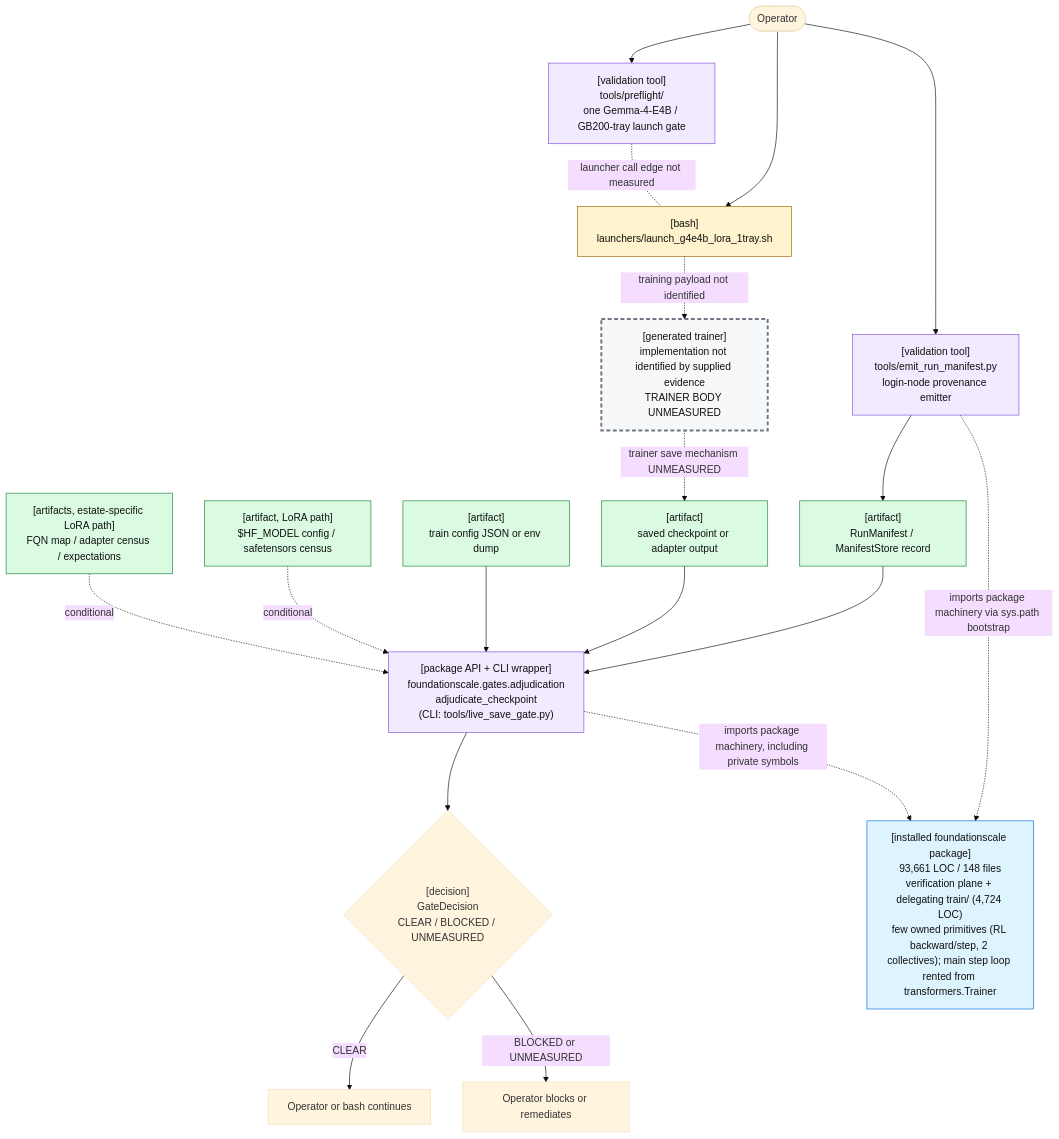
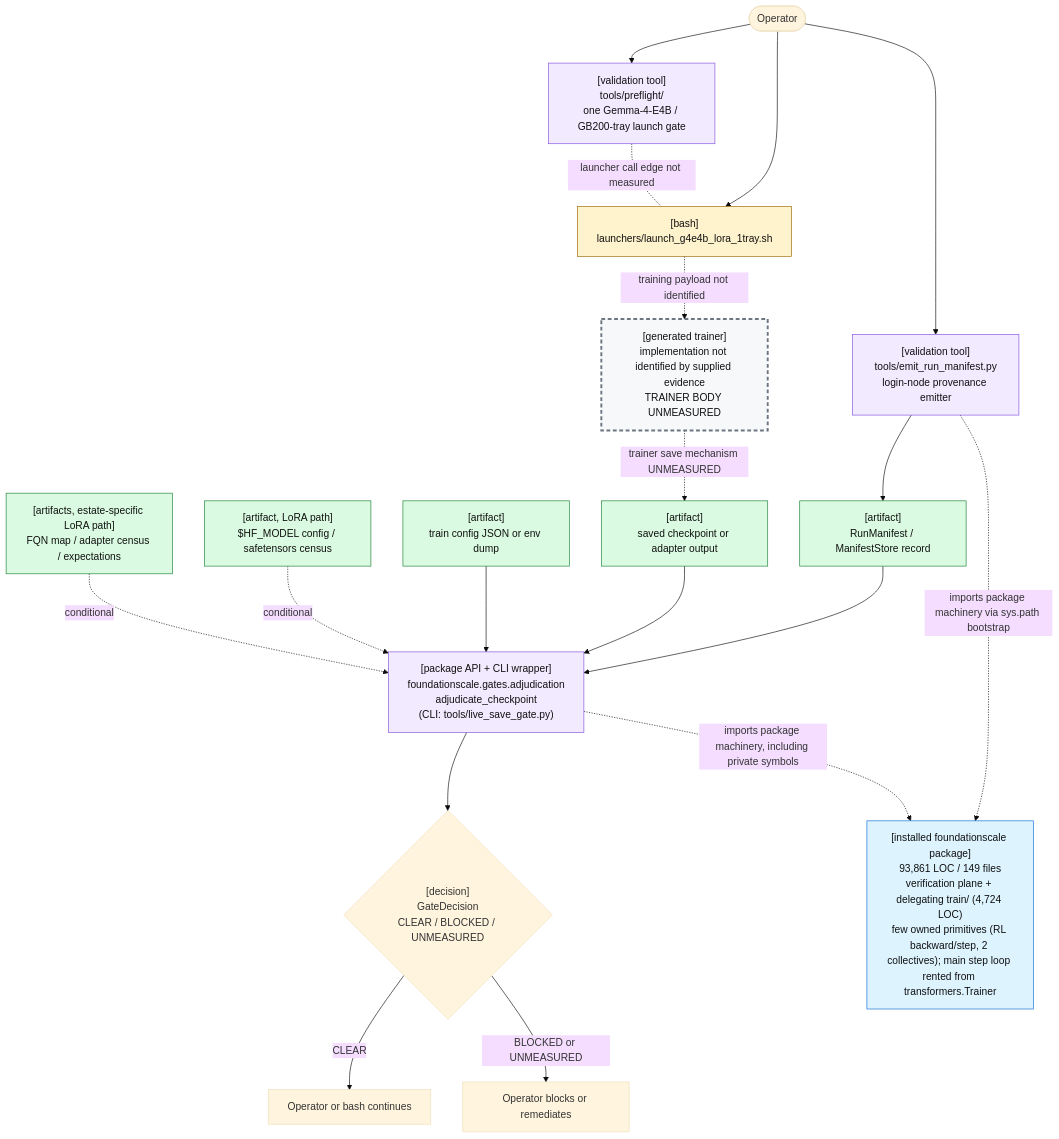
Before and after one commit to TranNhiem/FoundationScale: the first of 2 diagrams in docs/review/D2_current_architecture.md, drawn with Mermaid (base theme). The commit also changed other lines of this file and 18 other files, not shown here.

````diff
--- a/docs/review/D2_current_architecture.md
+++ b/docs/review/D2_current_architecture.md
@@ -25,59 +25,59 @@
 ```mermaid
 flowchart TB
   O(["Operator"])
 
   PF["[validation tool]<br/>tools/preflight/<br/>one Gemma-4-E4B / GB200-tray launch gate"]
   L["[bash]<br/>launchers/launch_g4e4b_lora_1tray.sh"]
 
   E["[validation tool]<br/>tools/emit_run_manifest.py<br/>login-node provenance emitter"]
   M["[artifact]<br/>RunManifest / ManifestStore record"]
 
   T["[generated trainer]<br/>implementation not identified by supplied evidence<br/>TRAINER BODY UNMEASURED"]
   C["[artifact]<br/>saved checkpoint or adapter output"]
 
   G["[package API + CLI wrapper]<br/>foundationscale.gates.adjudication<br/>adjudicate_checkpoint<br/>(CLI: tools/live_save_gate.py)"]
   CFG["[artifact]<br/>train config JSON or env dump"]
   BASE["[artifact, LoRA path]<br/>$HF_MODEL config / safetensors census"]
   CEN["[artifacts, estate-specific LoRA path]<br/>FQN map / adapter census / expectations"]
 
   D{"[decision]<br/>GateDecision<br/>CLEAR / BLOCKED / UNMEASURED"}
   OK["Operator or bash continues"]
   NO["Operator blocks or remediates"]
 
-  PKG["[installed foundationscale package]<br/>93,661 LOC / 148 files<br/>verification plane + delegating train/ (4,724 LOC)<br/>few owned primitives (RL backward/step, 2 collectives); main step loop rented from transformers.Trainer"]
+  PKG["[installed foundationscale package]<br/>93,861 LOC / 149 files<br/>verification plane + delegating train/ (4,724 LOC)<br/>few owned primitives (RL backward/step, 2 collectives); main step loop rented from transformers.Trainer"]
 
   O --> PF
   O --> L
   PF -. "launcher call edge not measured" .- L
 
   O --> E
   E --> M
 
   L -. "training payload not identified" .-> T
   T -. "trainer save mechanism UNMEASURED" .-> C
 
   M --> G
   C --> G
   CFG --> G
   BASE -. "conditional" .-> G
   CEN -. "conditional" .-> G
 
   E -. "imports package machinery via sys.path bootstrap" .-> PKG
   G -. "imports package machinery, including private symbols" .-> PKG
 
   G --> D
   D -->|"CLEAR"| OK
   D -->|"BLOCKED or UNMEASURED"| NO
 
   classDef bash fill:#fff3cd,stroke:#9a6700,color:#111;
   classDef tool fill:#f2eaff,stroke:#8250df,color:#111;
   classDef artifact fill:#dafbe1,stroke:#1a7f37,color:#111;
   classDef gap fill:#f6f8fa,stroke:#6e7781,stroke-width:3px,stroke-dasharray: 6 4,color:#111;
   classDef pkg fill:#ddf4ff,stroke:#0969da,color:#111;
 
   class L bash;
   class PF,E,G tool;
   class M,C,CFG,BASE,CEN artifact;
   class T gap;
   class PKG pkg;
 ```
````
